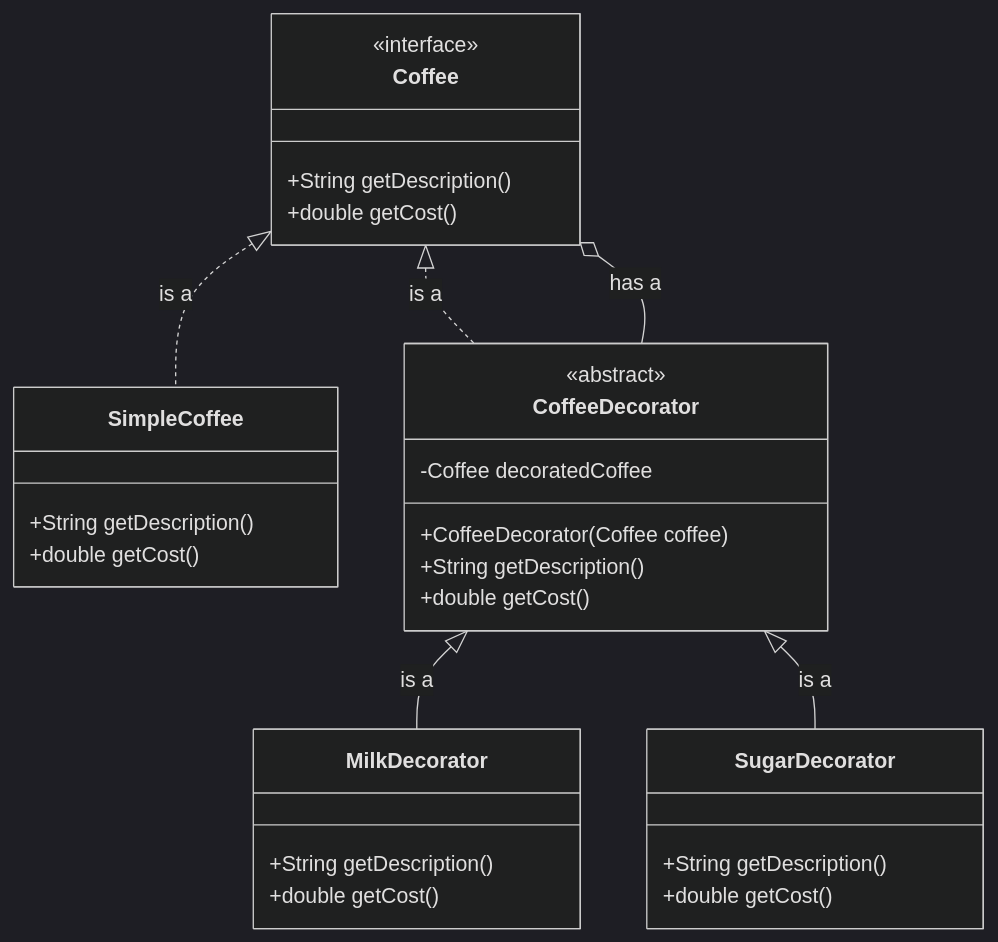
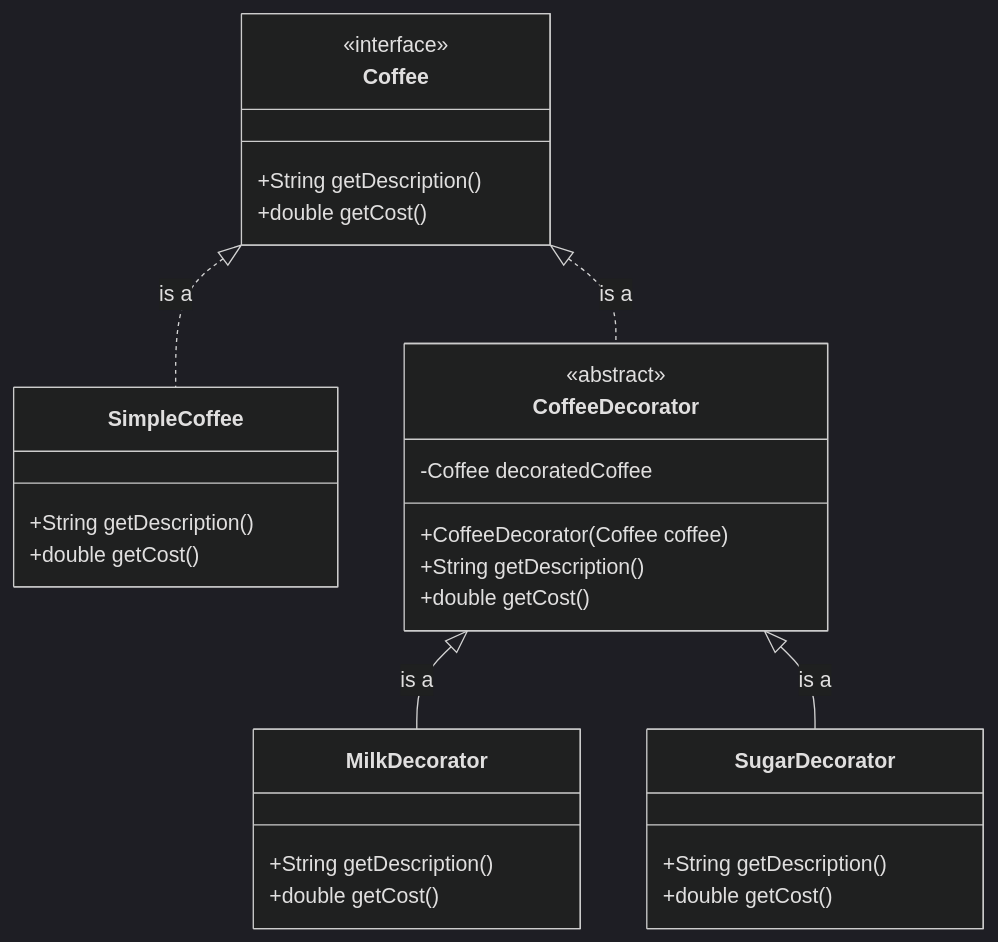
Before and after one commit to sachinyadav111140/designPattern: the diagram in structural/Decorator/Decorator.md, drawn with Mermaid (dark theme).

Commit message:
document for design pattern

````diff
--- a/structural/Decorator/Decorator.md
+++ b/structural/Decorator/Decorator.md
@@ -92,37 +92,37 @@
 ```mermaid
 classDiagram
     class Coffee {
         <<interface>>
         +String getDescription()
         +double getCost()
     }
 
     class SimpleCoffee {
         +String getDescription()
         +double getCost()
     }
 
     class CoffeeDecorator {
         <<abstract>>
         -Coffee decoratedCoffee
         +CoffeeDecorator(Coffee coffee)
         +String getDescription()
         +double getCost()
     }
 
     class MilkDecorator {
         +String getDescription()
         +double getCost()
     }
 
     class SugarDecorator {
         +String getDescription()
         +double getCost()
     }
 
     Coffee <|.. SimpleCoffee : is a
     Coffee <|.. CoffeeDecorator : is a
     CoffeeDecorator <|-- MilkDecorator : is a
     CoffeeDecorator <|-- SugarDecorator : is a
-    Coffee o-- CoffeeDecorator : has a
+
 ```
````
